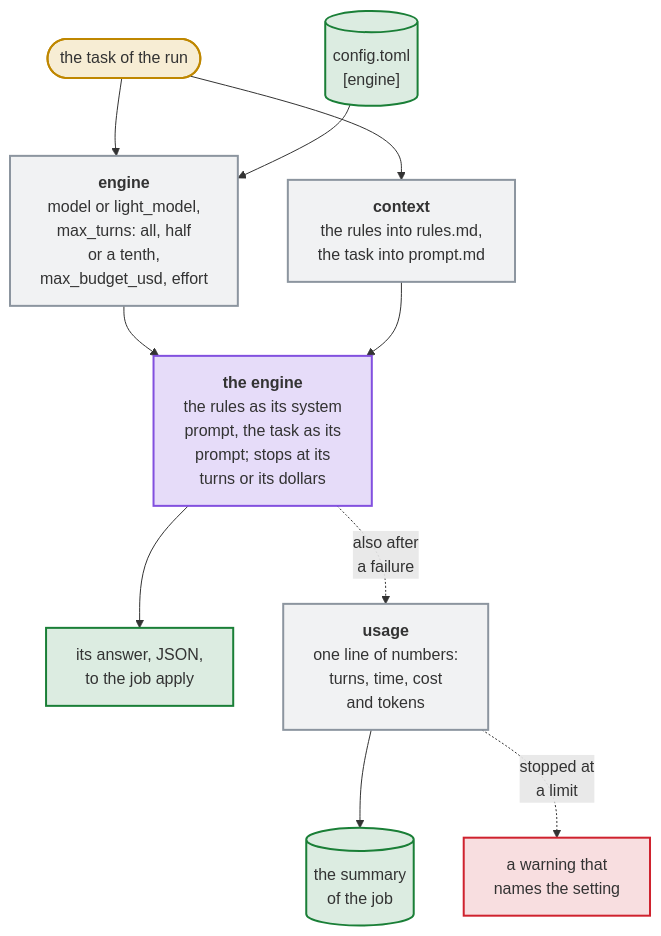
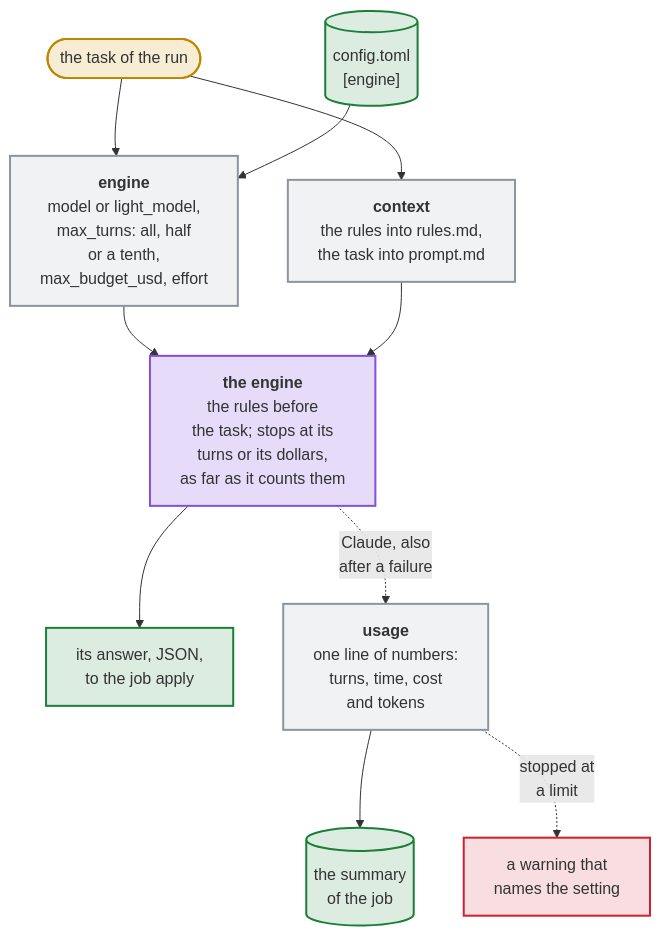
The diagram in docs/diagrams/what-bounds-one-run-of-the-ai.mmd (Dennis-Otto/issue-assistant), drawn with Mermaid before and after one commit. The commit also changed 40 other files, not shown here.

```diff
--- a/docs/diagrams/what-bounds-one-run-of-the-ai.mmd
+++ b/docs/diagrams/what-bounds-one-run-of-the-ai.mmd
@@ -1,22 +1,22 @@
 flowchart TB
   accTitle: What bounds one run of the AI
-  accDescr: The event job names the task of the run. The engine command chooses from [engine] in config.toml what the run may use: the model, or light_model for a reply to one comment; the turns, all of max_turns for an analysis or a maintainer's question, half for a follow-up and a tenth for a reply; the dollars of max_budget_usd and the effort. The context command writes the rules into rules.md and the task into prompt.md. The engine takes the rules as its system prompt and the task as its prompt, reads the checkout and stops at its turns or its dollars; its answer goes to the job apply. The usage command reads the numbers of the run, also after a failure, and writes one line into the summary of the job: the turns, the time, the cost and the tokens. When the run stopped at a limit, a warning names the setting.
+  accDescr: The event job names the task of the run. The engine command chooses from [engine] in config.toml what the run may use: the model, or light_model for a reply to one comment; the turns, all of max_turns for an analysis or a maintainer's question, half for a follow-up and a tenth for a reply; the dollars of max_budget_usd and the effort. The context command writes the rules into rules.md and the task into prompt.md. The engine takes the rules before the task, reads the checkout and stops at its turns or its dollars, as far as it counts them; its answer goes to the job apply. For Claude, the usage command reads the numbers of the run, also after a failure, and writes one line into the summary of the job: the turns, the time, the cost and the tokens. When the run stopped at a limit, a warning names the setting.
   task(["the task of the run"]) --> engine["`**engine**<br>model or light_model,<br>max_turns: all, half<br>or a tenth,<br>max_budget_usd, effort`"]
   config[("config.toml<br>[engine]")] --> engine
   task --> context["`**context**<br>the rules into rules.md,<br>the task into prompt.md`"]
-  engine --> ai["`**the engine**<br>the rules as its system<br>prompt, the task as its<br>prompt; stops at its<br>turns or its dollars`"]
+  engine --> ai["`**the engine**<br>the rules before<br>the task; stops at its<br>turns or its dollars,<br>as far as it counts them`"]
   context --> ai
   ai --> answer["its answer, JSON,<br>to the job apply"]
-  ai -. "also after<br>a failure" .-> usage["`**usage**<br>one line of numbers:<br>turns, time, cost<br>and tokens`"]
+  ai -. "Claude, also<br>after a failure" .-> usage["`**usage**<br>one line of numbers:<br>turns, time, cost<br>and tokens`"]
   usage --> summary[("the summary<br>of the job")]
   usage -. "stopped at<br>a limit" .-> warning["a warning that<br>names the setting"]
   classDef trigger fill:#d4a72c33,stroke:#bf8700,stroke-width:2px
   classDef job fill:#8c959f1f,stroke:#8c959f,stroke-width:2px
   classDef safe fill:#1a7f3726,stroke:#1a7f37,stroke-width:2px
   classDef ai fill:#8250df33,stroke:#8250df,stroke-width:2px
   classDef stop fill:#cf222e26,stroke:#cf222e,stroke-width:2px
   class task trigger
   class engine,context,usage job
   class ai ai
   class config,answer,summary safe
   class warning stop
```
